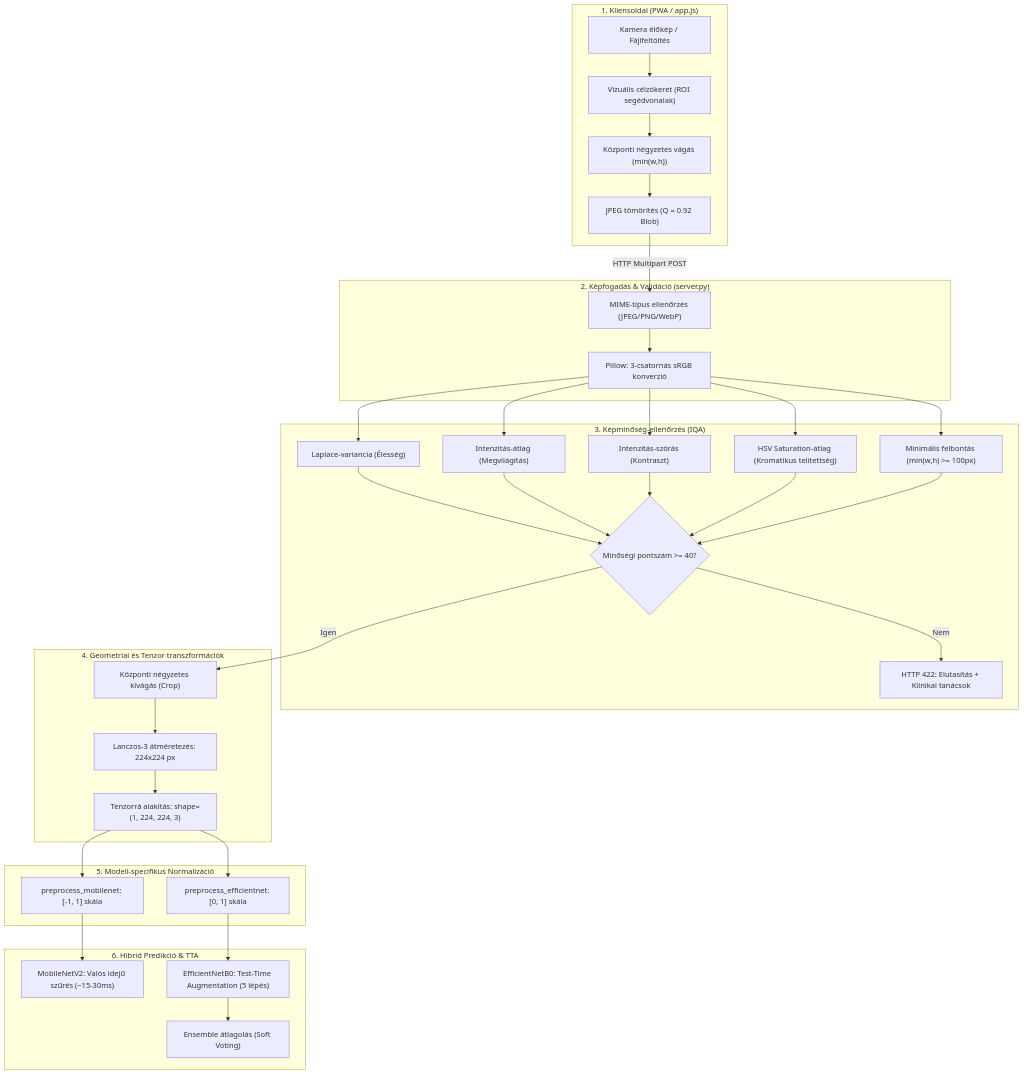
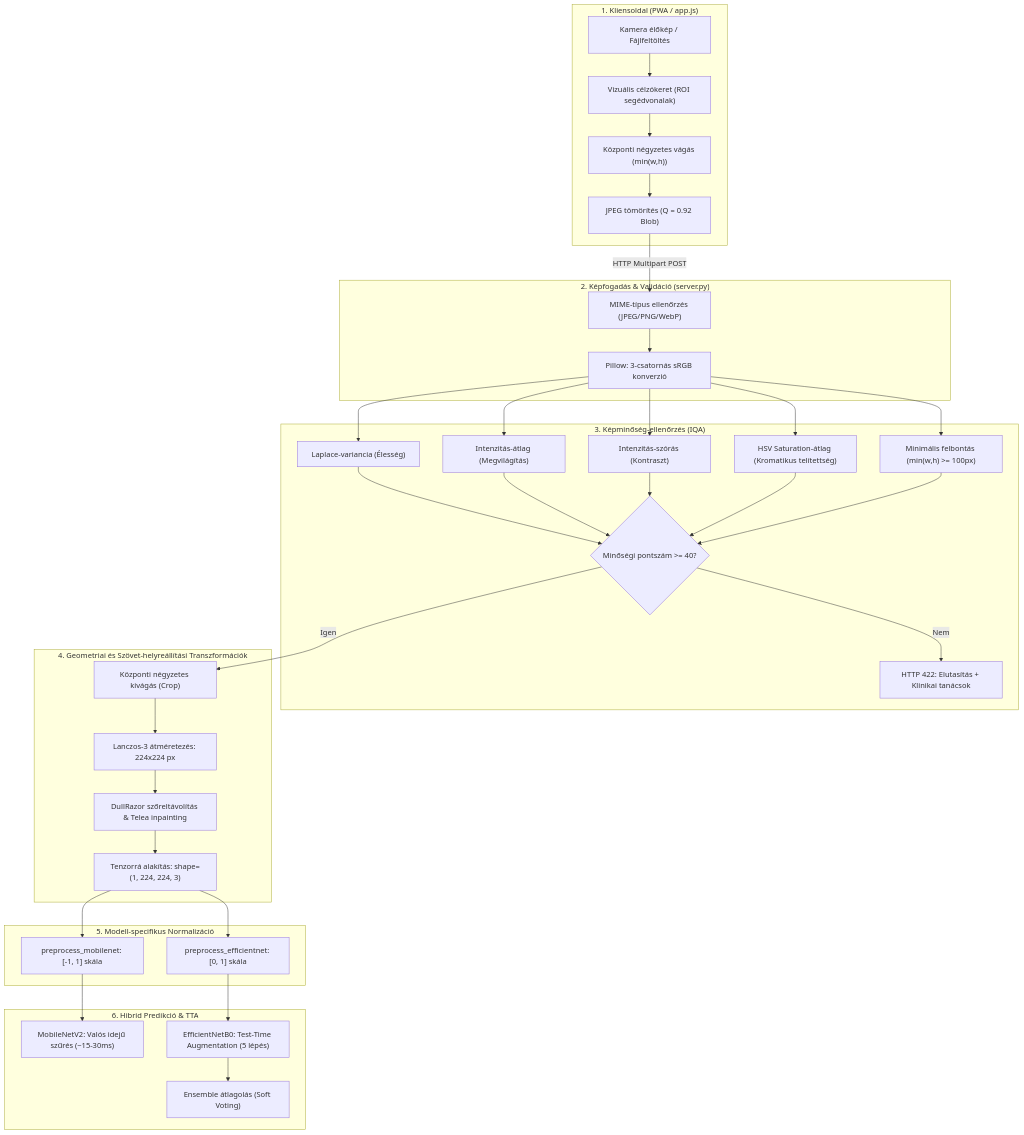
The diagram in PREPROCESSING.md (domin9k/Szakdolgozat), drawn with Mermaid before and after one commit. The commit also changed other lines of this file and 10 other files, not shown here.

````diff
--- a/PREPROCESSING.md
+++ b/PREPROCESSING.md
@@ -29,40 +29,41 @@
 ```mermaid
 flowchart TD
     subgraph Client ["1. Kliensoldal (PWA / app.js)"]
         A["Kamera élőkép / Fájlfeltöltés"] --> B["Vizuális célzókeret (ROI segédvonalak)"]
         B --> C["Központi négyzetes vágás (min(w,h))"]
         C --> D["JPEG tömörítés (Q = 0.92 Blob)"]
     end
 
     subgraph Ingestion ["2. Képfogadás & Validáció (server.py)"]
         D -->|HTTP Multipart POST| E["MIME-típus ellenőrzés (JPEG/PNG/WebP)"]
         E --> F["Pillow: 3-csatornás sRGB konverzió"]
     end
 
     subgraph IQA ["3. Képminőség-ellenőrzés (IQA)"]
         F --> G["Laplace-variancia (Élesség)"]
         F --> H["Intenzitás-átlag (Megvilágítás)"]
         F --> I["Intenzitás-szórás (Kontraszt)"]
         F --> J["HSV Saturation-átlag (Kromatikus telítettség)"]
         F --> K["Minimális felbontás (min(w,h) >= 100px)"]
         G & H & I & J & K --> L{"Minőségi pontszám >= 40?"}
         L -- Nem --> M["HTTP 422: Elutasítás + Klinikai tanácsok"]
     end
 
-    subgraph Transformation ["4. Geometriai és Tenzor transzformációk"]
+    subgraph Transformation ["4. Geometriai és Szövet-helyreállítási Transzformációk"]
         L -- Igen --> N["Központi négyzetes kivágás (Crop)"]
         N --> O["Lanczos-3 átméretezés: 224x224 px"]
-        O --> P["Tenzorrá alakítás: shape=(1, 224, 224, 3)"]
+        O --> O2["DullRazor szőreltávolítás & Telea inpainting"]
+        O2 --> P["Tenzorrá alakítás: shape=(1, 224, 224, 3)"]
     end
 
     subgraph Normalization ["5. Modell-specifikus Normalizáció"]
         P --> Q["preprocess_mobilenet: [-1, 1] skála"]
         P --> R["preprocess_efficientnet: [0, 1] skála"]
     end
 
     subgraph Inference ["6. Hibrid Predikció & TTA"]
         Q --> S["MobileNetV2: Valós idejű szűrés (~15-30ms)"]
         R --> T["EfficientNetB0: Test-Time Augmentation (5 lépés)"]
         T --> U["Ensemble átlagolás (Soft Voting)"]
     end
 ```
````
